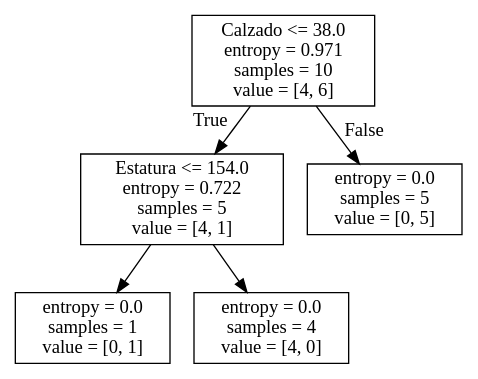
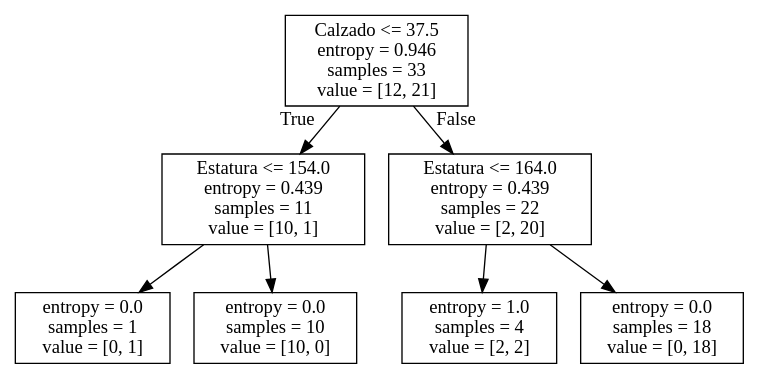
The diagram in Árboles de decisión/tree.dot (josemhenao/Python), drawn with Graphviz before and after one commit. The commit also changed 15 other files, not shown here.

```diff
--- a/Árboles de decisión/tree.dot
+++ b/Árboles de decisión/tree.dot
@@ -1,12 +1,16 @@
 digraph Tree {
 node [shape=box] ;
-0 [label="Calzado <= 38.0\nentropy = 0.971\nsamples = 10\nvalue = [4, 6]"] ;
-1 [label="Estatura <= 154.0\nentropy = 0.722\nsamples = 5\nvalue = [4, 1]"] ;
+0 [label="Calzado <= 37.5\nentropy = 0.946\nsamples = 33\nvalue = [12, 21]"] ;
+1 [label="Estatura <= 154.0\nentropy = 0.439\nsamples = 11\nvalue = [10, 1]"] ;
 0 -> 1 [labeldistance=2.5, labelangle=45, headlabel="True"] ;
 2 [label="entropy = 0.0\nsamples = 1\nvalue = [0, 1]"] ;
 1 -> 2 ;
-3 [label="entropy = 0.0\nsamples = 4\nvalue = [4, 0]"] ;
+3 [label="entropy = 0.0\nsamples = 10\nvalue = [10, 0]"] ;
 1 -> 3 ;
-4 [label="entropy = 0.0\nsamples = 5\nvalue = [0, 5]"] ;
+4 [label="Estatura <= 164.0\nentropy = 0.439\nsamples = 22\nvalue = [2, 20]"] ;
 0 -> 4 [labeldistance=2.5, labelangle=-45, headlabel="False"] ;
+5 [label="entropy = 1.0\nsamples = 4\nvalue = [2, 2]"] ;
+4 -> 5 ;
+6 [label="entropy = 0.0\nsamples = 18\nvalue = [0, 18]"] ;
+4 -> 6 ;
 }
```
